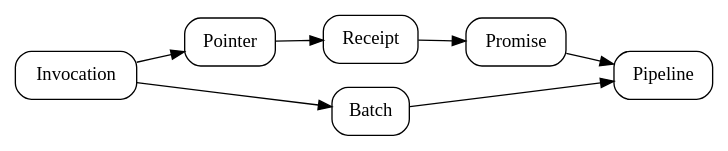
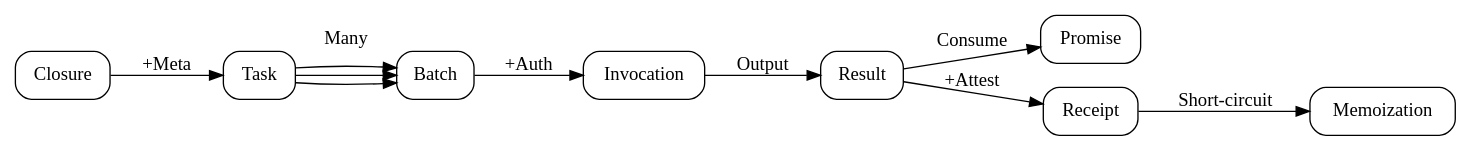
The diagram in diagrams/concepts.dot (ucan-wg/invocation), drawn with Graphviz before and after one commit. The commit also changed 8 other files, not shown here.

```diff
--- a/diagrams/concepts.dot
+++ b/diagrams/concepts.dot
@@ -1,11 +1,19 @@
 digraph {
-    rankdir="LR"
+    rankdir = "LR"
+    splines = "line"
 
     node [
-      style=rounded
-      shape=box
+      style = rounded
+      shape = box
     ]
 
-    Invocation -> Pointer -> Receipt -> Promise -> Pipeline
-    Invocation -> Batch -> Pipeline
+    Closure -> Task [label = "+Meta"]
+               Task -> Batch [label = "Many"]
+               Task -> Batch
+               Task -> Batch
+                       Batch -> Invocation [label = "+Auth"]
+                                Invocation -> Result [label = "Output"]
+                                              Result -> Promise [label = "Consume"]
+                                              Result -> Receipt [label = "+Attest"]
+                                                        Receipt -> Memoization [label = "Short-circuit"]
 }
```
